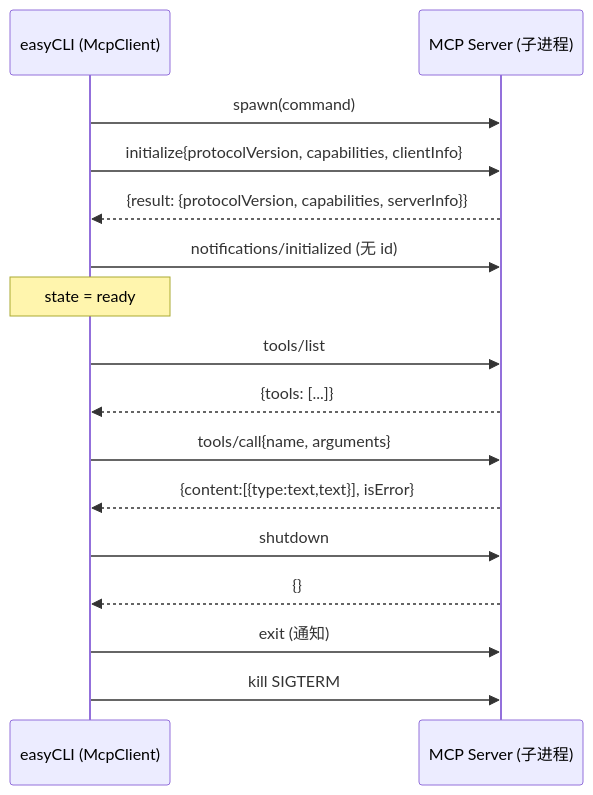
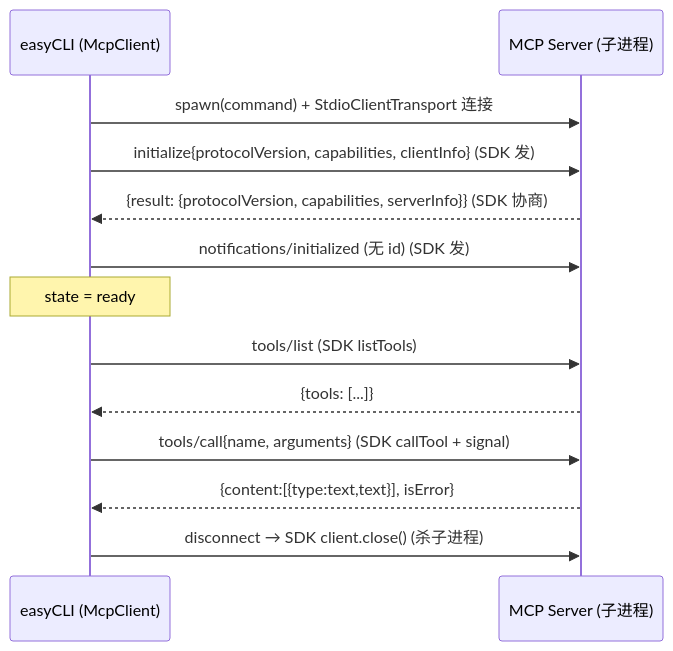
Before and after one commit to wpy2580536181-stack/easyCLI: the second of 4 diagrams in docs/phase5.md, drawn with Mermaid. The commit also changed other lines of this file and 16 other files, not shown here.

````diff
--- a/docs/phase5.md
+++ b/docs/phase5.md
@@ -54,18 +74,15 @@
 ```mermaid
 sequenceDiagram
     participant A as easyCLI (McpClient)
     participant S as MCP Server (子进程)
-    A->>S: spawn(command)
-    A->>S: initialize{protocolVersion, capabilities, clientInfo}
-    S-->>A: {result: {protocolVersion, capabilities, serverInfo}}
-    A->>S: notifications/initialized (无 id)
+    A->>S: spawn(command) + StdioClientTransport 连接
+    A->>S: initialize{protocolVersion, capabilities, clientInfo}  (SDK 发)
+    S-->>A: {result: {protocolVersion, capabilities, serverInfo}}  (SDK 协商)
+    A->>S: notifications/initialized (无 id)  (SDK 发)
     Note over A: state = ready
-    A->>S: tools/list
+    A->>S: tools/list  (SDK listTools)
     S-->>A: {tools: [...]}
-    A->>S: tools/call{name, arguments}
+    A->>S: tools/call{name, arguments}  (SDK callTool + signal)
     S-->>A: {content:[{type:text,text}], isError}
-    A->>S: shutdown
-    S-->>A: {}
-    A->>S: exit (通知)
-    A->>S: kill SIGTERM
+    A->>S: disconnect → SDK client.close()  (杀子进程)
 ```
````
